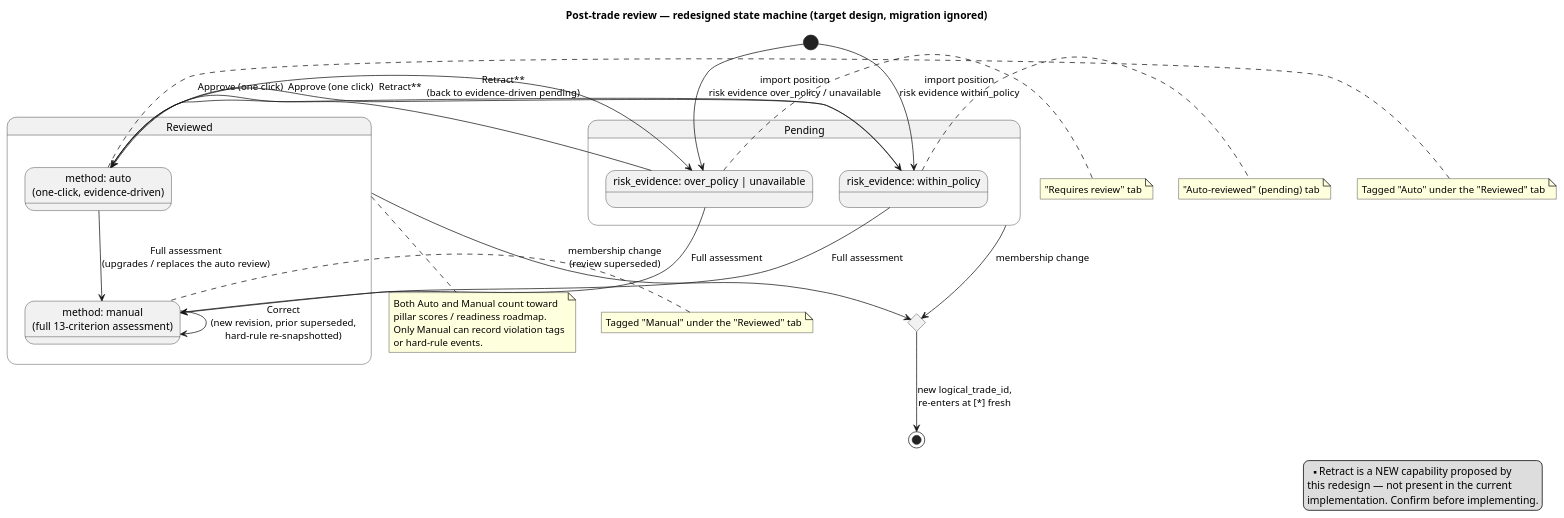
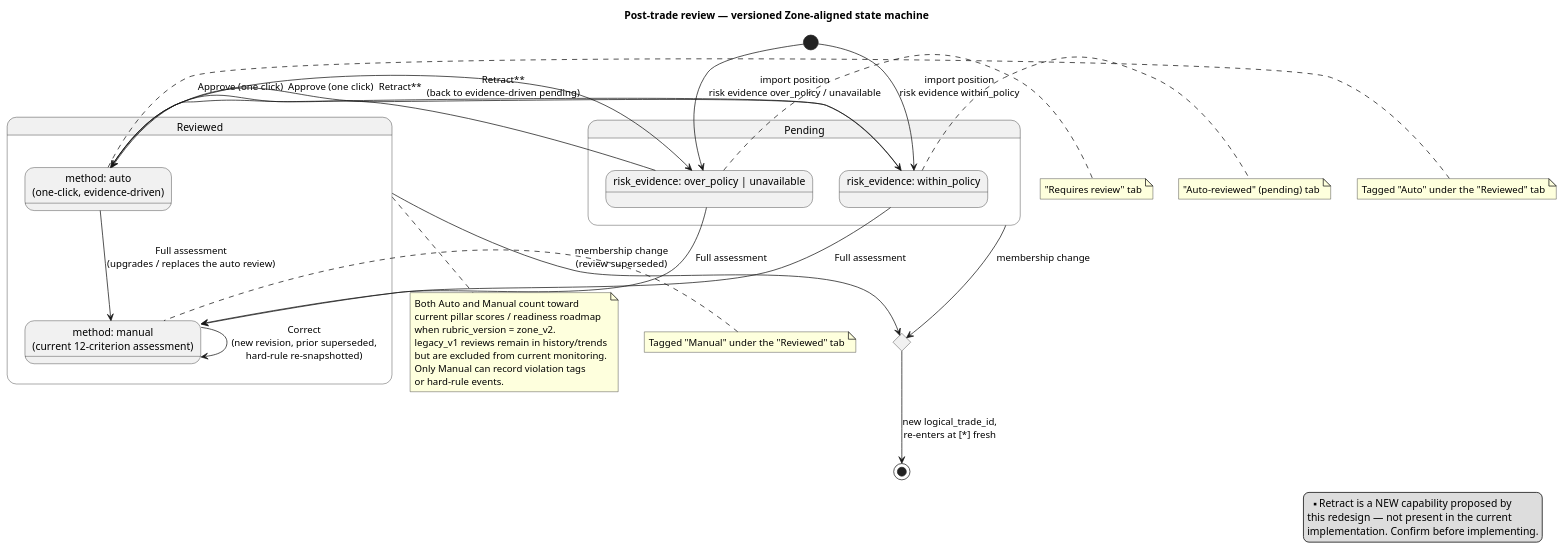
Before and after one commit to katawo/trading-journal: the diagram in docs/review-state-machine.puml, drawn with PlantUML. The commit also changed 13 other files, not shown here.

Commit message:
feat(framework): align rubric with Trading in the Zone

```diff
--- a/docs/review-state-machine.puml
+++ b/docs/review-state-machine.puml
@@ -1,63 +1,66 @@
 @startuml
-title Post-trade review — redesigned state machine (target design, migration ignored)
+title Post-trade review — versioned Zone-aligned state machine
 
 skinparam shadowing false
 skinparam defaultFontName Arial
 
 state "Pending" as Pending {
   state "risk_evidence: over_policy | unavailable" as PendingUrgent
   state "risk_evidence: within_policy" as PendingRoutine
 }
 
 state "Reviewed" as Reviewed {
   state "method: auto\n(one-click, evidence-driven)" as Auto
-  state "method: manual\n(full 13-criterion assessment)" as Manual
+  state "method: manual\n(current 12-criterion assessment)" as Manual
 }
 
 state "Reclassified" as Reclassified <<choice>>
 
 [*] --> PendingUrgent : import position\nrisk evidence over_policy / unavailable
 [*] --> PendingRoutine : import position\nrisk evidence within_policy
 
 PendingUrgent --> Auto : Approve (one click)
 PendingRoutine --> Auto : Approve (one click)
 PendingUrgent --> Manual : Full assessment
 PendingRoutine --> Manual : Full assessment
 Auto --> Manual : Full assessment\n(upgrades / replaces the auto review)
 
 Auto --> PendingUrgent : Retract**\n(back to evidence-driven pending)
 Auto --> PendingRoutine : Retract**
 
 Manual --> Manual : Correct\n(new revision, prior superseded,\nhard-rule re-snapshotted)
 
 Pending --> Reclassified : membership change
 Reviewed --> Reclassified : membership change\n(review superseded)
 Reclassified --> [*] : new logical_trade_id,\nre-enters at [*] fresh
 
 note bottom of Reviewed
   Both Auto and Manual count toward
-  pillar scores / readiness roadmap.
+  current pillar scores / readiness roadmap
+  when rubric_version = zone_v2.
+  legacy_v1 reviews remain in history/trends
+  but are excluded from current monitoring.
   Only Manual can record violation tags
   or hard-rule events.
 end note
 
 note right of PendingUrgent
   "Requires review" tab
 end note
 note right of PendingRoutine
   "Auto-reviewed" (pending) tab
 end note
 note left of Auto
   Tagged "Auto" under the "Reviewed" tab
 end note
 note left of Manual
   Tagged "Manual" under the "Reviewed" tab
 end note
 
 legend right
   ** Retract is a NEW capability proposed by
   this redesign — not present in the current
   implementation. Confirm before implementing.
 endlegend
 
 @enduml
```
